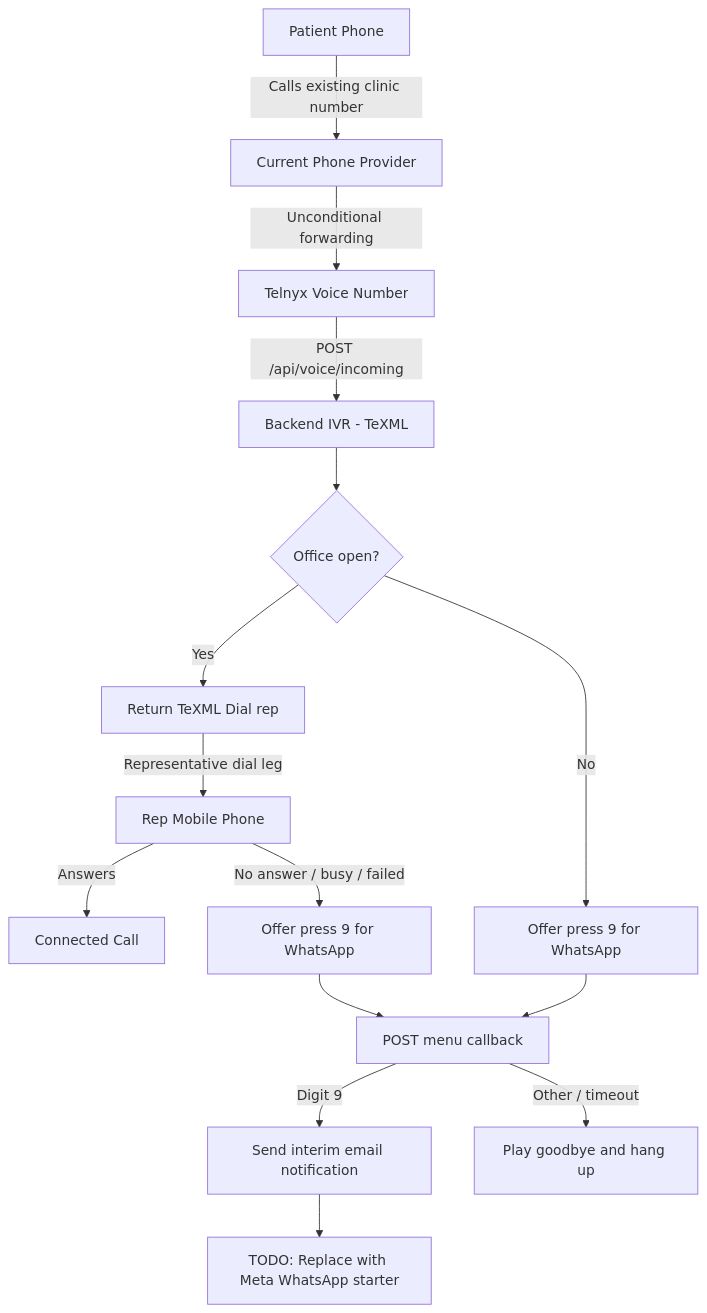
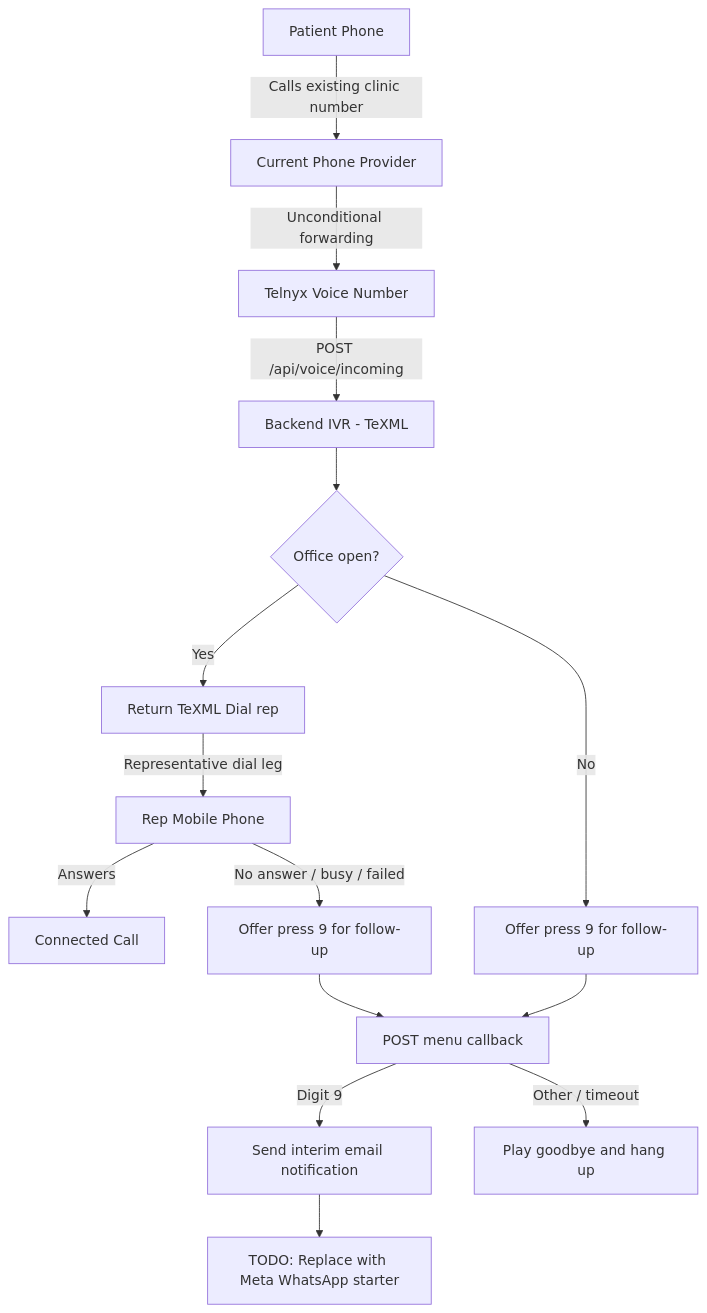
One commit to rotemoz84/communication-orchestration-platform changed the diagram in docs/server/TELNYX_TEXML_IVR_IMPLEMENTATION_PLAN.md. Above: the diagram before and after it, drawn with Mermaid. The commit also changed other lines of this file and 4 other files, not shown here.

````diff
--- a/docs/server/TELNYX_TEXML_IVR_IMPLEMENTATION_PLAN.md
+++ b/docs/server/TELNYX_TEXML_IVR_IMPLEMENTATION_PLAN.md
@@ -29,17 +31,17 @@
 ```mermaid
 flowchart TD
     Caller[Patient Phone] -->|Calls existing clinic number| Provider[Current Phone Provider]
     Provider -->|Unconditional forwarding| TelnyxNumber[Telnyx Voice Number]
     TelnyxNumber -->|POST /api/voice/incoming| IVR[Backend IVR - TeXML]
     IVR --> Hours{Office open?}
     Hours -->|Yes| Dial[Return TeXML Dial rep]
     Dial -->|Representative dial leg| Rep[Rep Mobile Phone]
     Rep -->|Answers| Connected[Connected Call]
-    Rep -->|No answer / busy / failed| NoAnswer[Offer press 9 for WhatsApp]
-    Hours -->|No| Closed[Offer press 9 for WhatsApp]
+    Rep -->|No answer / busy / failed| NoAnswer[Offer press 9 for follow-up]
+    Hours -->|No| Closed[Offer press 9 for follow-up]
     NoAnswer --> Menu[POST menu callback]
     Closed --> Menu
     Menu -->|Digit 9| Email[Send interim email notification]
     Email --> Todo[TODO: Replace with Meta WhatsApp starter]
     Menu -->|Other / timeout| Goodbye[Play goodbye and hang up]
 ```
````
